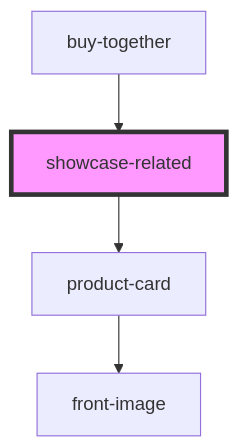
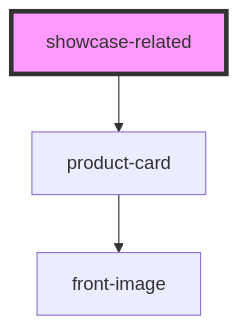
Before and after one commit to commerce-suite/storefront-components: the diagram in src/components/showcase/readme.md, drawn with Mermaid. The commit also changed other lines of this file and 3 other files, not shown here.

````diff
--- a/src/components/showcase/readme.md
+++ b/src/components/showcase/readme.md
@@ -54,7 +43,6 @@
 ```mermaid
 graph TD;
   showcase-related --> product-card
   product-card --> front-image
-  buy-together --> showcase-related
   style showcase-related fill:#f9f,stroke:#333,stroke-width:4px
 ```
````
